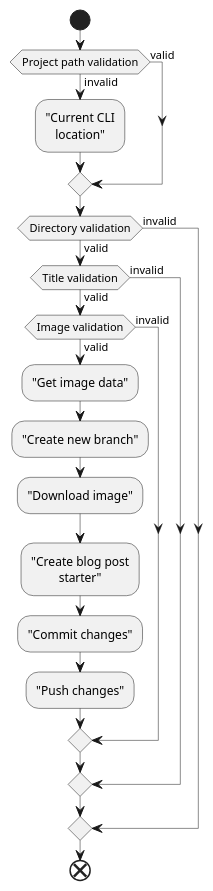
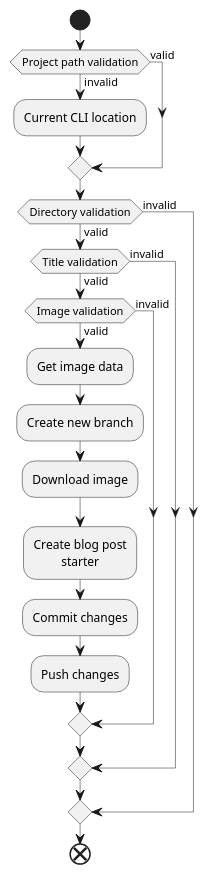
Before and after one commit to aaronuurman/blog: the diagram in src/posts/creating-cli-tool-in-python-part-4/index.mdx, drawn with PlantUML. The commit also changed 26 other files, not shown here.

````diff
--- a/src/posts/creating-cli-tool-in-python-part-4/index.mdx
+++ b/src/posts/creating-cli-tool-in-python-part-4/index.mdx
@@ -29,39 +29,39 @@
 ```plantuml
 @startuml
 skinparam DefaultTextAlignment center
 skinparam WrapWidth 120
 skinparam Shadowing false
 skinparam BackgroundColor White
 skinparam RectangleBorderThickness 0.5
 skinparam ActivityBorderThickness 0.5
 skinparam ActivityArrowFontSize 11
 skinparam AgentBorderThickness 0.5
 skinparam ArrowThickness 0.5
 skinparam ArrowFontStyle Plain
 skinparam NoteBorderThickness 0.5
 skinparam ClassBorderThickness 0.5
 
 start
 if (Project path validation) then (invalid)
-	:"Current CLI location";
+	:Current CLI location;
 else (valid)
 endif
 
 if (Directory validation) then (valid)
 	if (Title validation) then (valid)
 		if (Image validation) then (valid)
-			:"Get image data";
-			:"Create new branch";
-			:"Download image";
-			:"Create blog post starter";
-			:"Commit changes";
-			:"Push changes";
+			:Get image data;
+			:Create new branch;
+			:Download image;
+			:Create blog post starter;
+			:Commit changes;
+			:Push changes;
 		else (invalid)
 		endif
 	else (invalid)
 	endif
 else (invalid)
 endif
 end
 @enduml
 ```
````
